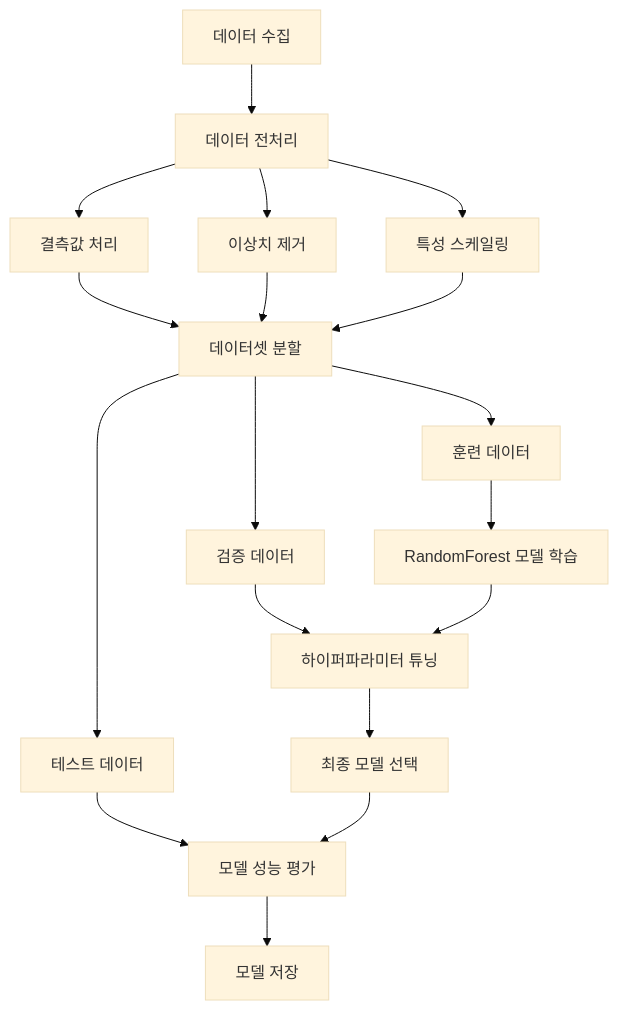
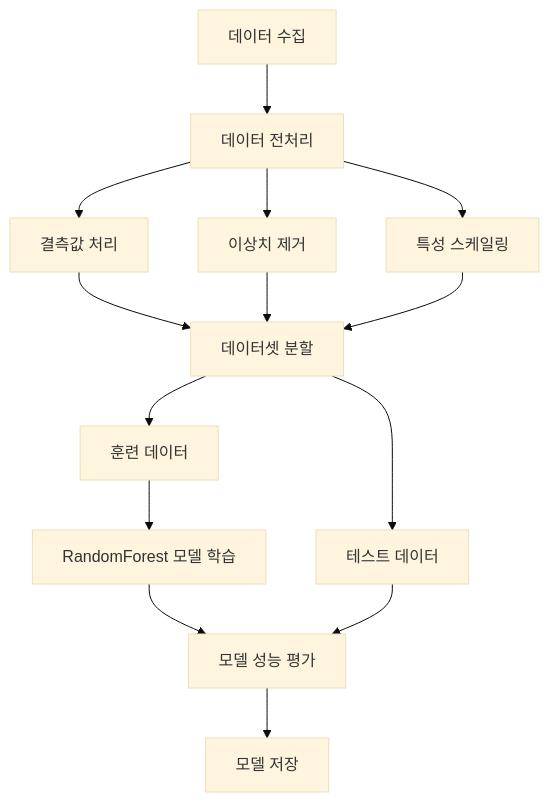
Before and after one commit to DONALDSUK/finedust_ClassifierWeb: the first of 2 diagrams in README.md, drawn with Mermaid (base theme).

````diff
--- a/README.md
+++ b/README.md
@@ -25,20 +25,16 @@
 ```mermaid
 graph TD
     A[데이터 수집] --> B[데이터 전처리]
     B --> C[결측값 처리]
     B --> D[이상치 제거]
     B --> E[특성 스케일링]
     C --> F[데이터셋 분할]
     D --> F
     E --> F
     F --> G[훈련 데이터]
-    F --> H[검증 데이터]
     F --> I[테스트 데이터]
     G --> J[RandomForest 모델 학습]
-    H --> K[하이퍼파라미터 튜닝]
-    J --> K
-    K --> L[최종 모델 선택]
-    I --> M[모델 성능 평가]
-    L --> M
-    M --> N[모델 저장]
+    J --> L[모델 성능 평가]
+    I --> L
+    L --> N[모델 저장]
 ```
````
